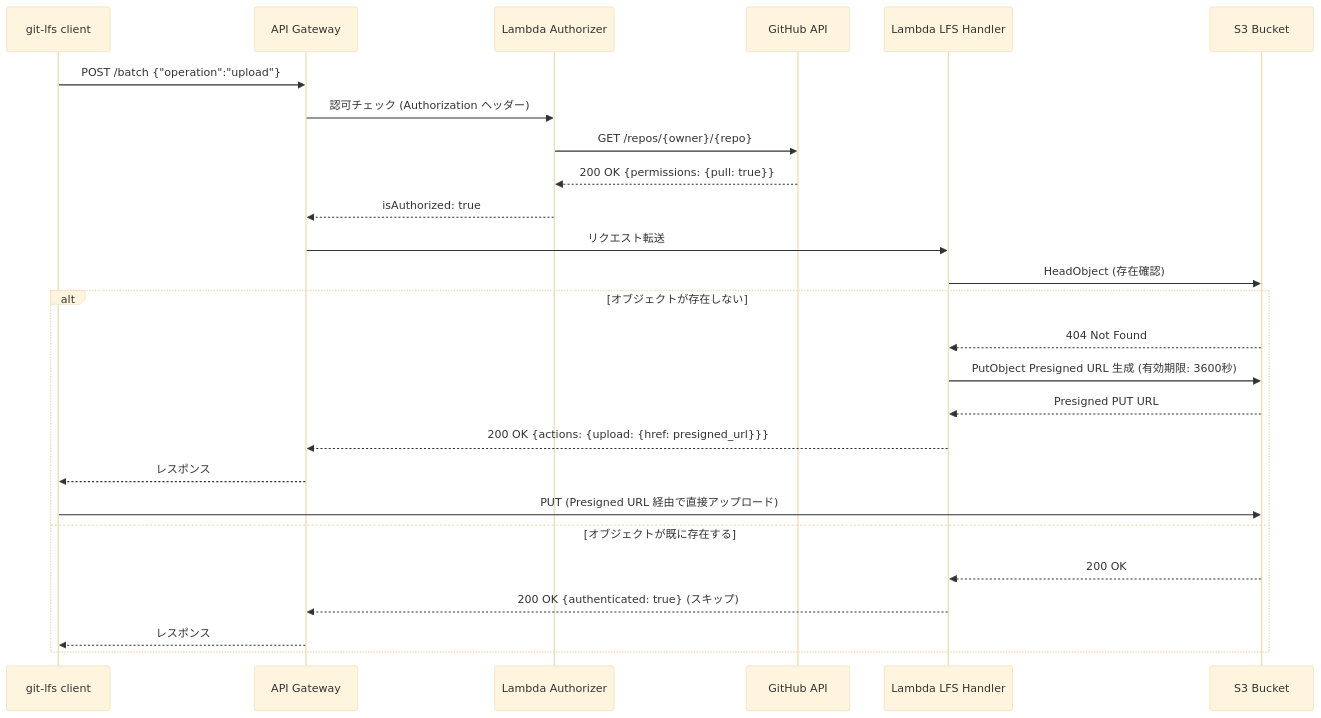
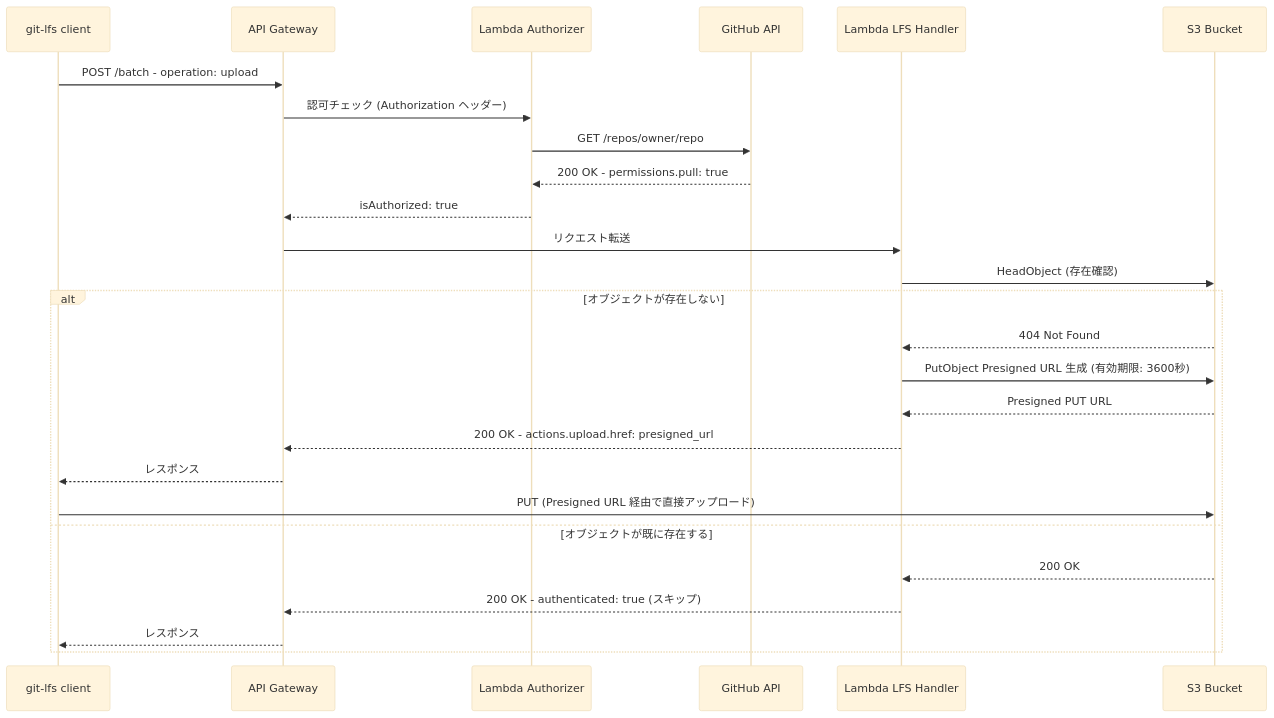
One commit to script202602/rust-aws-git-lfs changed the second of 4 diagrams in docs/design/aws-architecture.md. Above: the diagram before and after it, drawn with Mermaid (base theme). The commit also changed other lines of this file, not shown here.

First line of the commit message:
docs: Mermaidシンタックスエラーを修正

````diff
--- a/docs/design/aws-architecture.md
+++ b/docs/design/aws-architecture.md
@@ -74,29 +68,29 @@
 ```mermaid
 sequenceDiagram
     participant GIT as git-lfs client
     participant APIGW as API Gateway
     participant AUTH as Lambda Authorizer
     participant GH as GitHub API
     participant LFS as Lambda LFS Handler
     participant S3 as S3 Bucket
 
-    GIT->>APIGW: POST /batch {"operation":"upload"}
+    GIT->>APIGW: POST /batch - operation: upload
     APIGW->>AUTH: 認可チェック (Authorization ヘッダー)
-    AUTH->>GH: GET /repos/{owner}/{repo}
-    GH-->>AUTH: 200 OK {permissions: {pull: true}}
+    AUTH->>GH: GET /repos/owner/repo
+    GH-->>AUTH: 200 OK - permissions.pull: true
     AUTH-->>APIGW: isAuthorized: true
     APIGW->>LFS: リクエスト転送
     LFS->>S3: HeadObject (存在確認)
     alt オブジェクトが存在しない
         S3-->>LFS: 404 Not Found
         LFS->>S3: PutObject Presigned URL 生成 (有効期限: 3600秒)
         S3-->>LFS: Presigned PUT URL
-        LFS-->>APIGW: 200 OK {actions: {upload: {href: presigned_url}}}
+        LFS-->>APIGW: 200 OK - actions.upload.href: presigned_url
         APIGW-->>GIT: レスポンス
         GIT->>S3: PUT (Presigned URL 経由で直接アップロード)
     else オブジェクトが既に存在する
         S3-->>LFS: 200 OK
-        LFS-->>APIGW: 200 OK {authenticated: true} (スキップ)
+        LFS-->>APIGW: 200 OK - authenticated: true (スキップ)
         APIGW-->>GIT: レスポンス
     end
 ```
````
